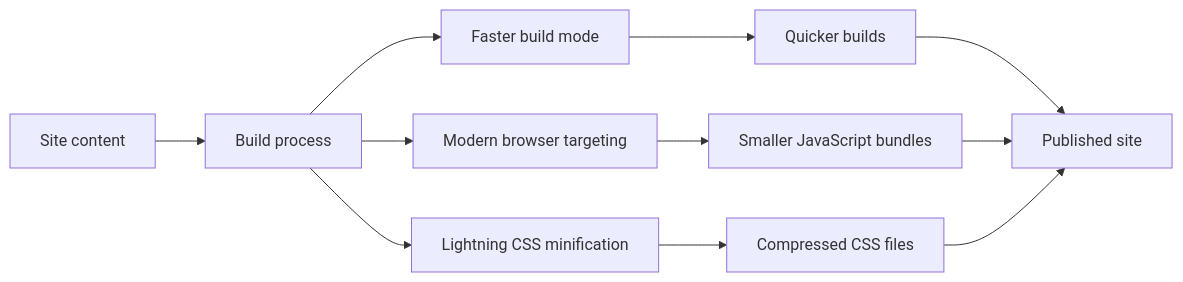
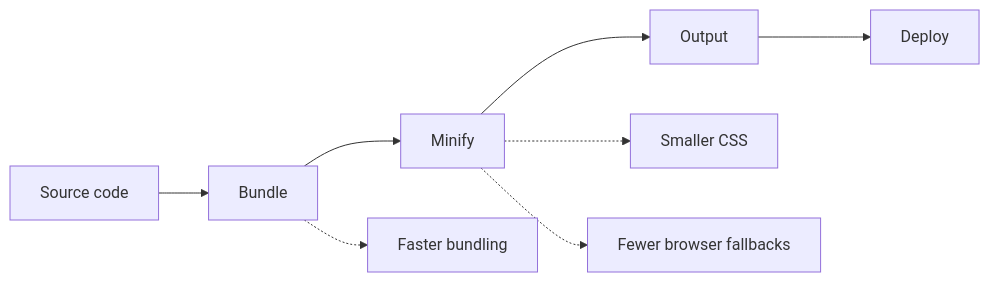
One commit to Mohita111/API2 changed the diagram in api2-documentation/plan_2026-11-02_f8890e/user-facing-docs/performance-optimization.md. Above: the diagram before and after it, drawn with Mermaid. The commit also changed other lines of this file and 14 other files, not shown here.

````diff
--- a/api2-documentation/plan_2026-11-02_f8890e/user-facing-docs/performance-optimization.md
+++ b/api2-documentation/plan_2026-11-02_f8890e/user-facing-docs/performance-optimization.md
@@ -34,13 +28,10 @@
 ```mermaid
 graph LR
-    A[Site content] --> B[Build process]
-    B --> C[Faster build mode]
-    B --> D[Modern browser targeting]
-    B --> E[Lightning CSS minification]
-    C --> F[Quicker builds]
-    D --> G[Smaller JavaScript bundles]
-    E --> H[Compressed CSS files]
-    F --> I[Published site]
-    G --> I
-    H --> I
+    A[Source code] --> B[Bundle]
+    B --> C[Minify]
+    C --> D[Output]
+    D --> E[Deploy]
+    B -.-> F[Faster bundling]
+    C -.-> G[Smaller CSS]
+    C -.-> H[Fewer browser fallbacks]
 ```
````
